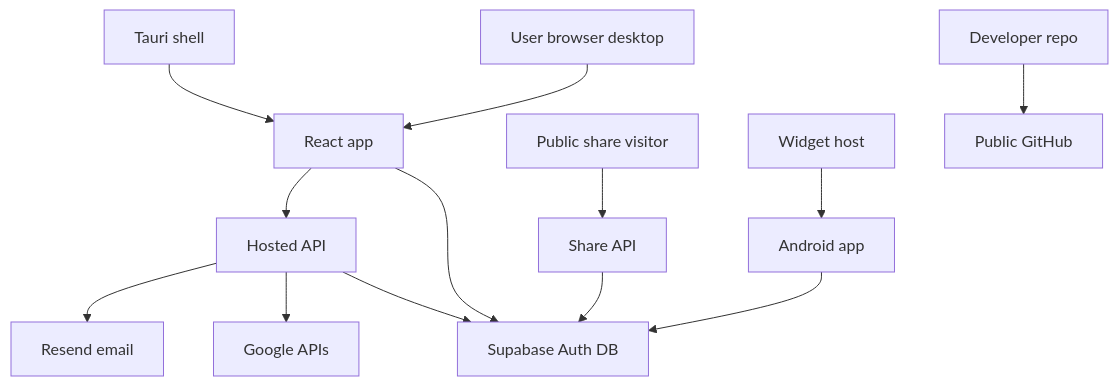
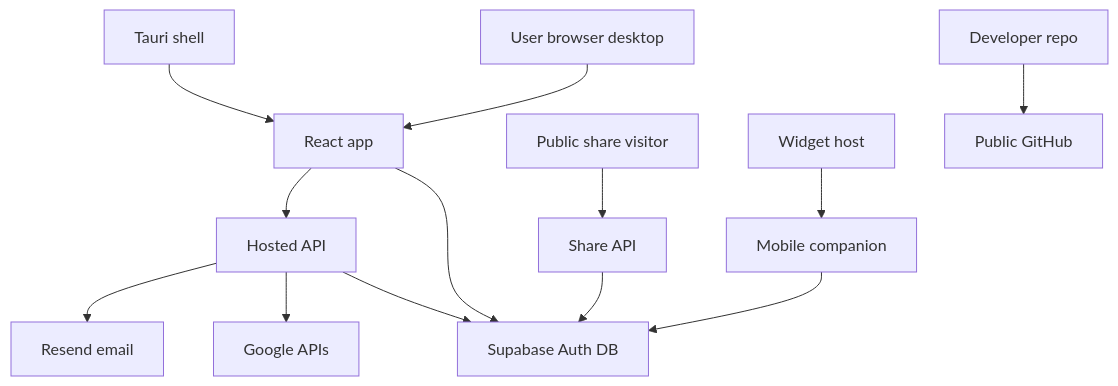
Before and after one commit to sharozijaz/align-project-manager: the diagram in docs/security/detailed-threat-model.md, drawn with Mermaid. The commit also changed other lines of this file and 17 other files, not shown here.

````diff
--- a/docs/security/detailed-threat-model.md
+++ b/docs/security/detailed-threat-model.md
@@ -50,15 +50,15 @@
 ```mermaid
 flowchart TD
   U["User browser desktop"] --> FE["React app"]
   FE --> SB["Supabase Auth DB"]
   FE --> API["Hosted API"]
   API --> SB
   API --> G["Google APIs"]
   API --> E["Resend email"]
   P["Public share visitor"] --> SHARE["Share API"]
   SHARE --> SB
   D["Tauri shell"] --> FE
-  A["Android app"] --> SB
+  A["Mobile companion"] --> SB
   W["Widget host"] --> A
   DEV["Developer repo"] --> GH["Public GitHub"]
 ```
````
